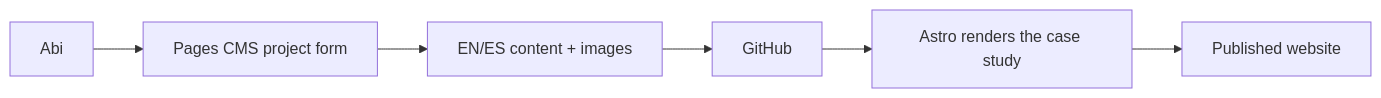
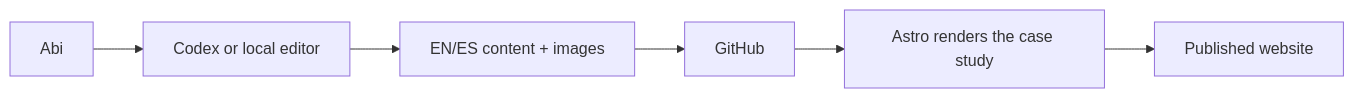
One commit to abicaride/abicaride.com changed the fourth of 7 diagrams in docs/WORKFLOW.md. Above: the diagram before and after it, drawn with Mermaid. The commit also changed other lines of this file and 34 other files, not shown here.

````diff
--- a/docs/WORKFLOW.md
+++ b/docs/WORKFLOW.md
@@ -144,8 +137,8 @@
 ```mermaid
 flowchart LR
-    ABI["Abi"] --> FORM["Pages CMS project form"]
+    ABI["Abi"] --> FORM["Codex or local editor"]
     FORM --> CONTENT["EN/ES content + images"]
     CONTENT --> GIT["GitHub"]
     GIT --> ASTRO["Astro renders the case study"]
     ASTRO --> SITE["Published website"]
 ```
````
